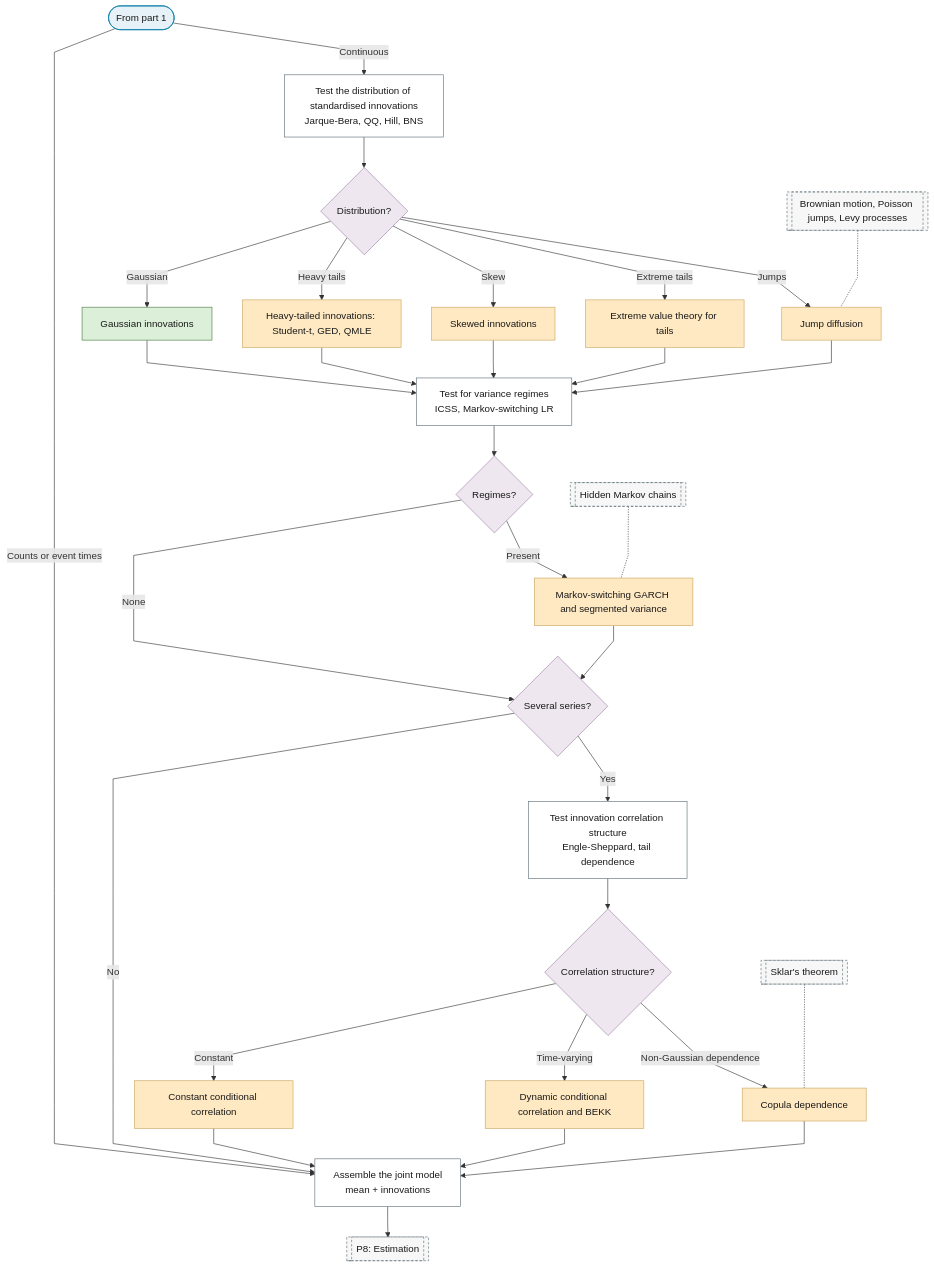
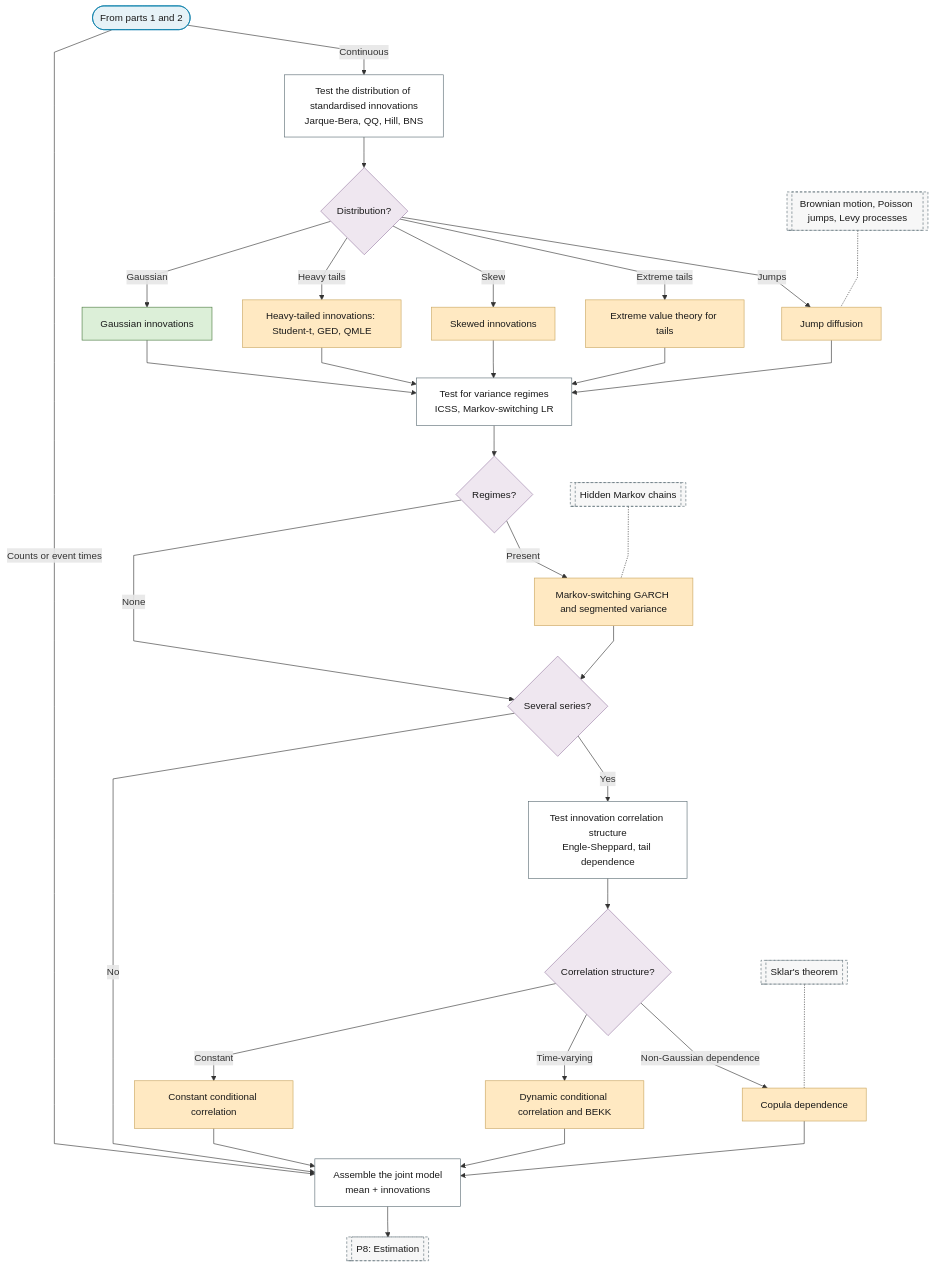
One commit to Shuxin-Y/time-series-analysis-manual changed the third of 3 diagrams in docs/01-workflow/p07-error-process.md. Above: the diagram before and after it, drawn with Mermaid. The commit also changed other lines of this file and 1 other file, not shown here.

First line of the commit message:
docs(design-system): width rule for diagrams; P7 split into three parts to meet it

````diff
--- a/docs/01-workflow/p07-error-process.md
+++ b/docs/01-workflow/p07-error-process.md
@@ -64,42 +86,42 @@
 ```mermaid
 %%{init: {"flowchart": {"curve": "linear"}}}%%
 graph TD
-    P7_FROM_PART_1(["From part 1"]) -->|"Continuous"| P7_DIST_TESTS["Test the distribution of standardised innovations<br/>Jarque-Bera, QQ, Hill, BNS"]
-    P7_FROM_PART_1 -->|"Counts or event times"| P7_OUT
+    P7_FROM_PART_2(["From parts 1 and 2"]) -->|"Continuous"| P7_DIST_TESTS["Test the distribution of standardised innovations<br/>Jarque-Bera, QQ, Hill, BNS"]
+    P7_FROM_PART_2 -->|"Counts or event times"| P7_OUT
     P7_DIST_TESTS --> P7_DIST{"Distribution?"}
     P7_DIST -->|"Gaussian"| P7_GAUSSIAN["Gaussian innovations"]
     P7_DIST -->|"Heavy tails"| P7_HEAVY_TAILS["Heavy-tailed innovations: Student-t, GED, QMLE"]
     P7_DIST -->|"Skew"| P7_SKEWED["Skewed innovations"]
     P7_DIST -->|"Extreme tails"| P7_EVT["Extreme value theory for tails"]
     P7_DIST -->|"Jumps"| P7_JUMPS["Jump diffusion"]
     P7_GAUSSIAN & P7_HEAVY_TAILS & P7_SKEWED & P7_EVT & P7_JUMPS --> P7_REGIME_TESTS["Test for variance regimes<br/>ICSS, Markov-switching LR"]
     P7_REGIME_TESTS --> P7_REGIME{"Regimes?"}
     P7_REGIME -->|"None"| P7_MULTI
     P7_REGIME -->|"Present"| P7_MS_GARCH["Markov-switching GARCH and segmented variance"]
     P7_MS_GARCH --> P7_MULTI{"Several series?"}
     P7_MULTI -->|"No"| P7_OUT
     P7_MULTI -->|"Yes"| P7_CORR_TESTS["Test innovation correlation structure<br/>Engle-Sheppard, tail dependence"]
     P7_CORR_TESTS --> P7_CORR{"Correlation structure?"}
     P7_CORR -->|"Constant"| P7_CCC["Constant conditional correlation"]
     P7_CORR -->|"Time-varying"| P7_DCC["Dynamic conditional correlation and BEKK"]
     P7_CORR -->|"Non-Gaussian dependence"| P7_COPULA["Copula dependence"]
     P7_CCC & P7_DCC & P7_COPULA --> P7_OUT["Assemble the joint model<br/>mean + innovations"]
     P7_OUT --> P8[["P8: Estimation"]]
     F_LEVY[["Brownian motion, Poisson jumps, Levy processes"]] -.- P7_JUMPS
     F_HMM[["Hidden Markov chains"]] -.- P7_MS_GARCH
     F_SKLAR[["Sklar's theorem"]] -.- P7_COPULA
-    class P7_FROM_PART_1 terminator
+    class P7_FROM_PART_2 terminator
     class P7_DIST,P7_REGIME,P7_MULTI,P7_CORR decision
     class P7_DIST_TESTS,P7_REGIME_TESTS,P7_CORR_TESTS,P7_OUT process
     class P7_GAUSSIAN good
     class P7_HEAVY_TAILS,P7_SKEWED,P7_EVT,P7_JUMPS,P7_MS_GARCH,P7_CCC,P7_DCC,P7_COPULA escalate
     class P8,F_LEVY,F_HMM,F_SKLAR ref
     classDef terminator fill:#E6F2F7,stroke:#007BA7,color:#1A1A1A;
     classDef process fill:#FFFFFF,stroke:#5A6B73,color:#1A1A1A;
     classDef decision fill:#EFE7F0,stroke:#9B7FA7,color:#1A1A1A;
     classDef data fill:#FFF4E0,stroke:#C9A55E,color:#1A1A1A;
     classDef good fill:#DCEFD8,stroke:#4A7A3F,color:#1A1A1A;
     classDef escalate fill:#FFE9C2,stroke:#C9A55E,color:#1A1A1A;
     classDef problem fill:#F2D9DE,stroke:#800020,color:#1A1A1A;
     classDef ref fill:#F7F7F7,stroke:#5A6B73,color:#1A1A1A,stroke-dasharray:4 3;
 ```
````
